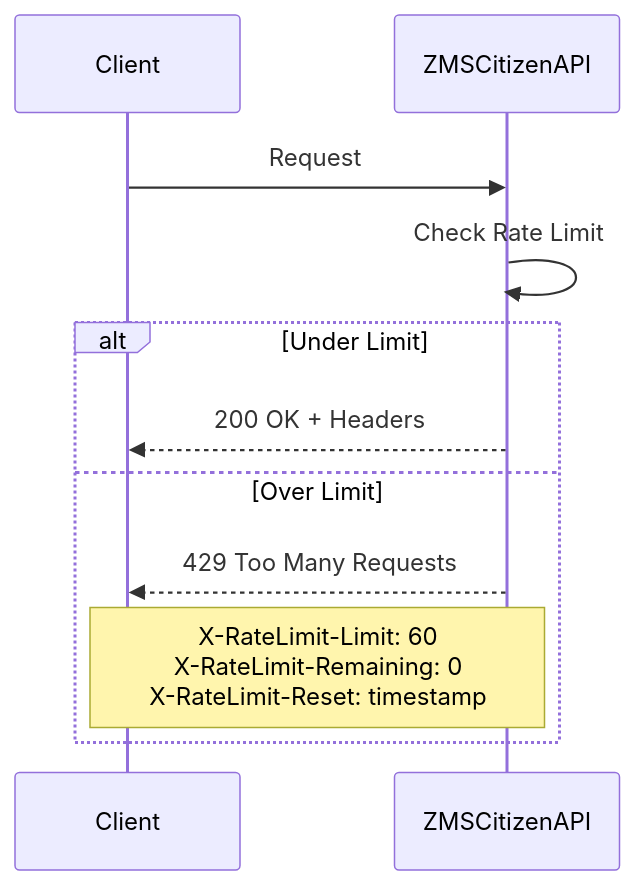
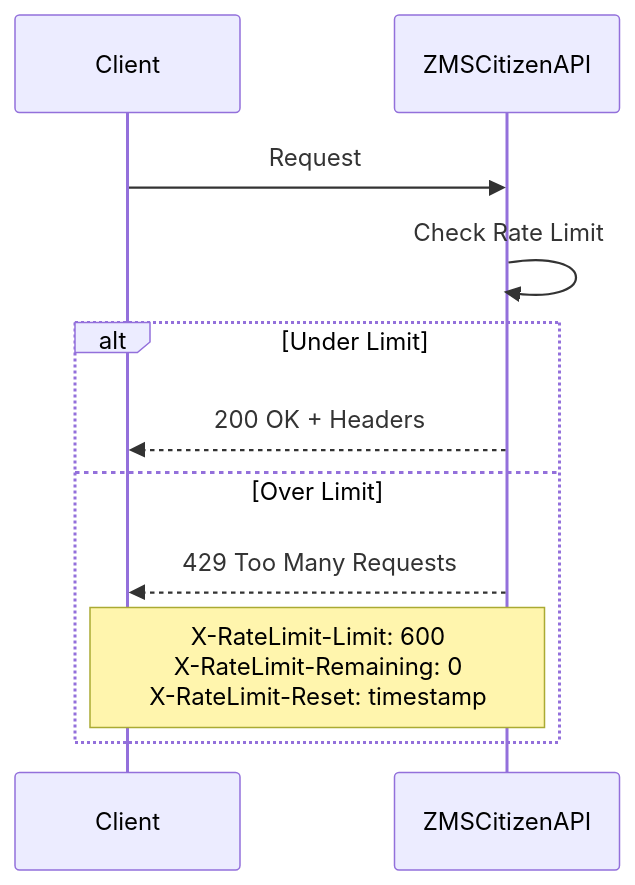
One commit to it-at-m/eappointment changed the eighth of 11 diagrams in zmscitizenapi/README.md. Above: the diagram before and after it, drawn with Mermaid. The commit also changed other lines of this file and 2 other files, not shown here.

First line of the commit message:
fix(ZMS): default zmscitizenapi rate limit to 600 requests

````diff
--- a/zmscitizenapi/README.md
+++ b/zmscitizenapi/README.md
@@ -546,14 +546,14 @@
 ```mermaid
 sequenceDiagram
     participant C as Client
     participant API as ZMSCitizenAPI
     
     C->>API: Request
     API->>API: Check Rate Limit
     alt Under Limit
         API-->>C: 200 OK + Headers
     else Over Limit
         API-->>C: 429 Too Many Requests
-        Note over C,API: X-RateLimit-Limit: 60<br>X-RateLimit-Remaining: 0<br>X-RateLimit-Reset: timestamp
+        Note over C,API: X-RateLimit-Limit: 600<br>X-RateLimit-Remaining: 0<br>X-RateLimit-Reset: timestamp
     end
 ```
````
